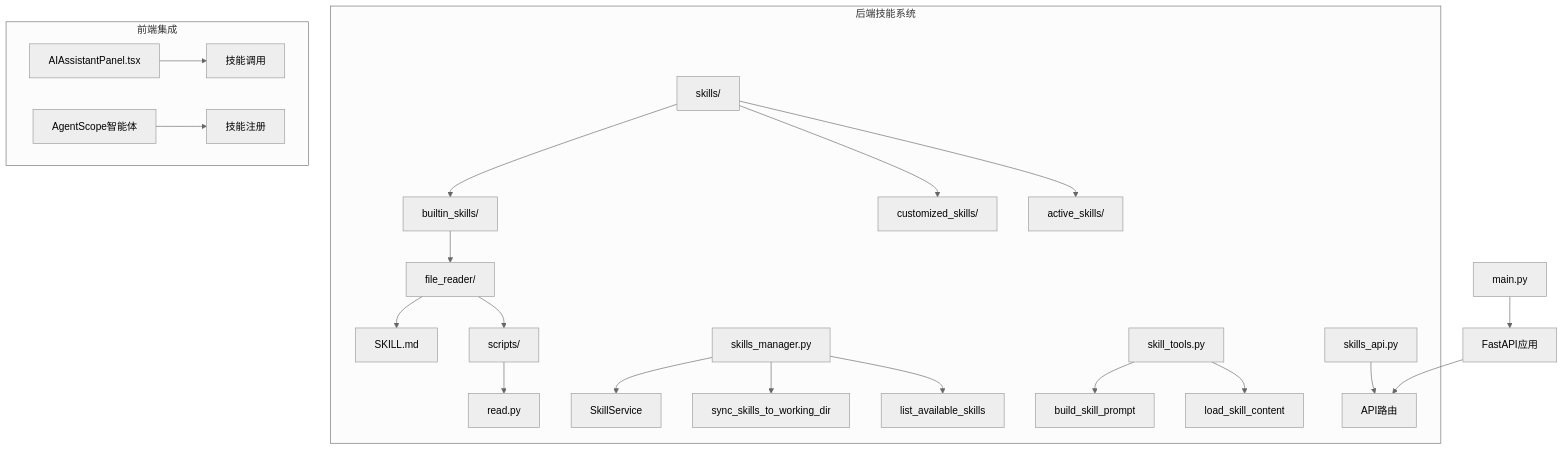
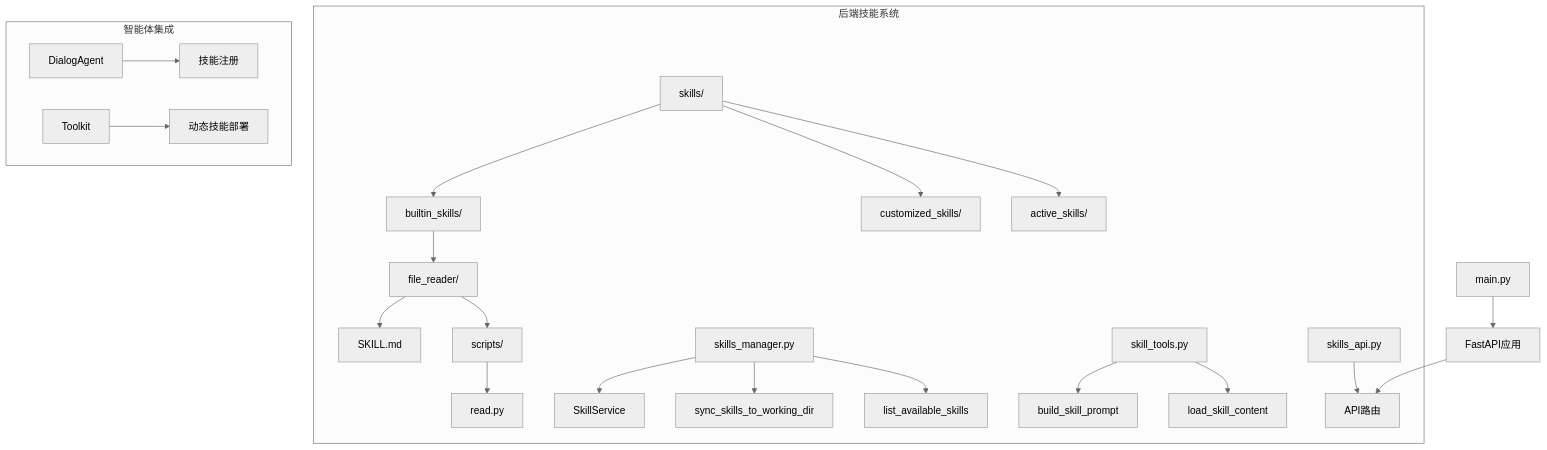
Before and after one commit to KunLabAI/KunFlix: the first of 6 diagrams in .qoder/repowiki/zh/content/AI智能体系统/技能系统.md, drawn with Mermaid (neutral theme). The commit also changed other lines of this file and 24 other files, not shown here.

````diff
--- a/.qoder/repowiki/zh/content/AI智能体系统/技能系统.md
+++ b/.qoder/repowiki/zh/content/AI智能体系统/技能系统.md
@@ -37,24 +44,24 @@
 ```mermaid
 graph TB
 subgraph "后端技能系统"
 A[skills/] --> B[builtin_skills/]
 A --> C[customized_skills/]
 A --> D[active_skills/]
 B --> E[file_reader/]
 E --> F[SKILL.md]
 E --> G[scripts/]
 G --> H[read.py]
 I[skills_manager.py] --> J[SkillService]
 I --> K[sync_skills_to_working_dir]
 I --> L[list_available_skills]
 M[skill_tools.py] --> N[build_skill_prompt]
 M --> O[load_skill_content]
 P[skills_api.py] --> Q[API路由]
 end
-subgraph "前端集成"
-R[AIAssistantPanel.tsx] --> S[技能调用]
-T[AgentScope智能体] --> U[技能注册]
+subgraph "智能体集成"
+R[DialogAgent] --> S[技能注册]
+T[Toolkit] --> U[动态技能部署]
 end
 V[main.py] --> W[FastAPI应用]
 W --> Q
 ```
````
